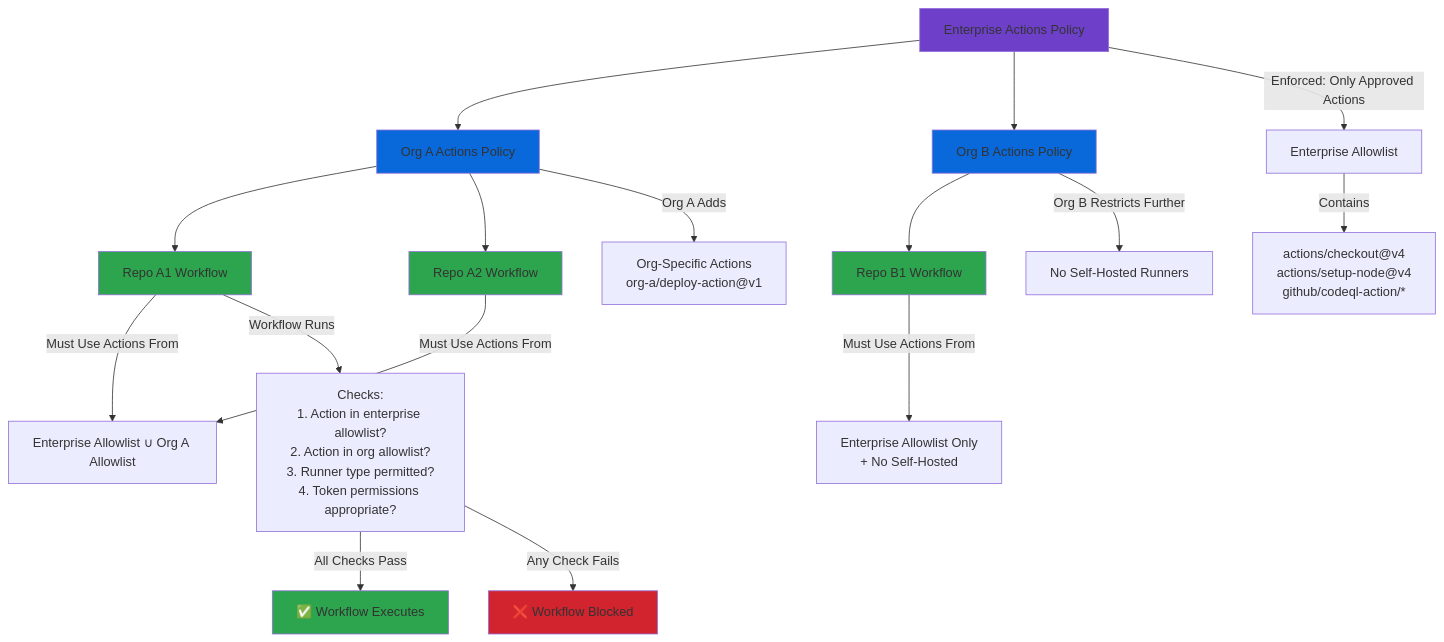
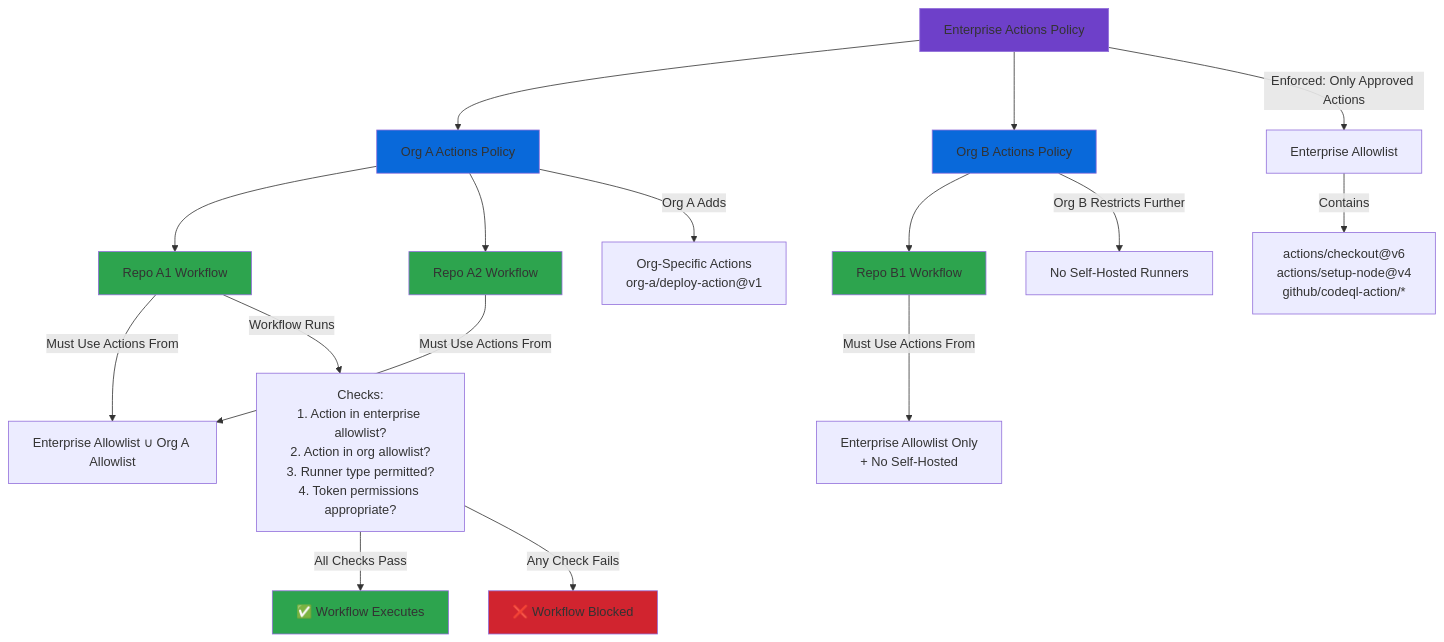
One commit to Tdblackston0/gh-abcs-admin changed the third of 3 diagrams in docs/06-policy-inheritance.md. Above: the diagram before and after it, drawn with Mermaid. The commit also changed other lines of this file and 16 other files, not shown here.

````diff
--- a/docs/06-policy-inheritance.md
+++ b/docs/06-policy-inheritance.md
@@ -205,33 +205,33 @@
 ```mermaid
 graph TD
     A[Enterprise Actions Policy] --> B[Org A Actions Policy]
     A --> C[Org B Actions Policy]
     
     B --> D[Repo A1 Workflow]
     B --> E[Repo A2 Workflow]
     C --> F[Repo B1 Workflow]
     
     A -->|Enforced: Only Approved Actions| G[Enterprise Allowlist]
-    G -->|Contains| H["actions/checkout@v4<br/>actions/setup-node@v4<br/>github/codeql-action/*"]
+    G -->|Contains| H["actions/checkout@v6<br/>actions/setup-node@v4<br/>github/codeql-action/*"]
     
     B -->|Org A Adds| I["Org-Specific Actions<br/>org-a/deploy-action@v1"]
     C -->|Org B Restricts Further| J[No Self-Hosted Runners]
     
     D -->|Must Use Actions From| K[Enterprise Allowlist ∪ Org A Allowlist]
     E -->|Must Use Actions From| K
     F -->|Must Use Actions From| L[Enterprise Allowlist Only<br/>+ No Self-Hosted]
     
     D -->|Workflow Runs| M[Checks:<br/>1. Action in enterprise allowlist?<br/>2. Action in org allowlist?<br/>3. Runner type permitted?<br/>4. Token permissions appropriate?]
     
     M -->|All Checks Pass| N[✅ Workflow Executes]
     M -->|Any Check Fails| O[❌ Workflow Blocked]
     
     style A fill:#6e40c9
     style B fill:#0969da
     style C fill:#0969da
     style D fill:#2da44e
     style E fill:#2da44e
     style F fill:#2da44e
     style N fill:#2da44e
     style O fill:#d1242f
 ```
````
